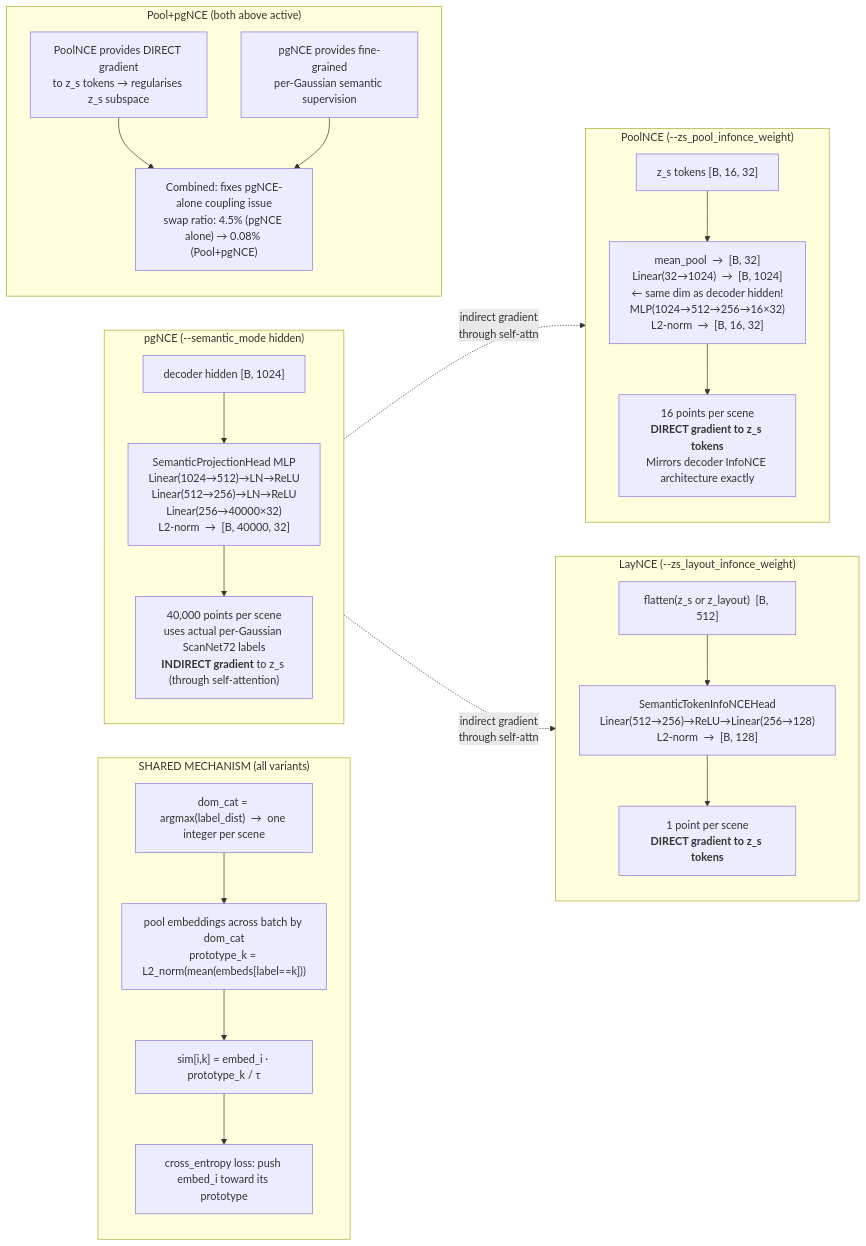
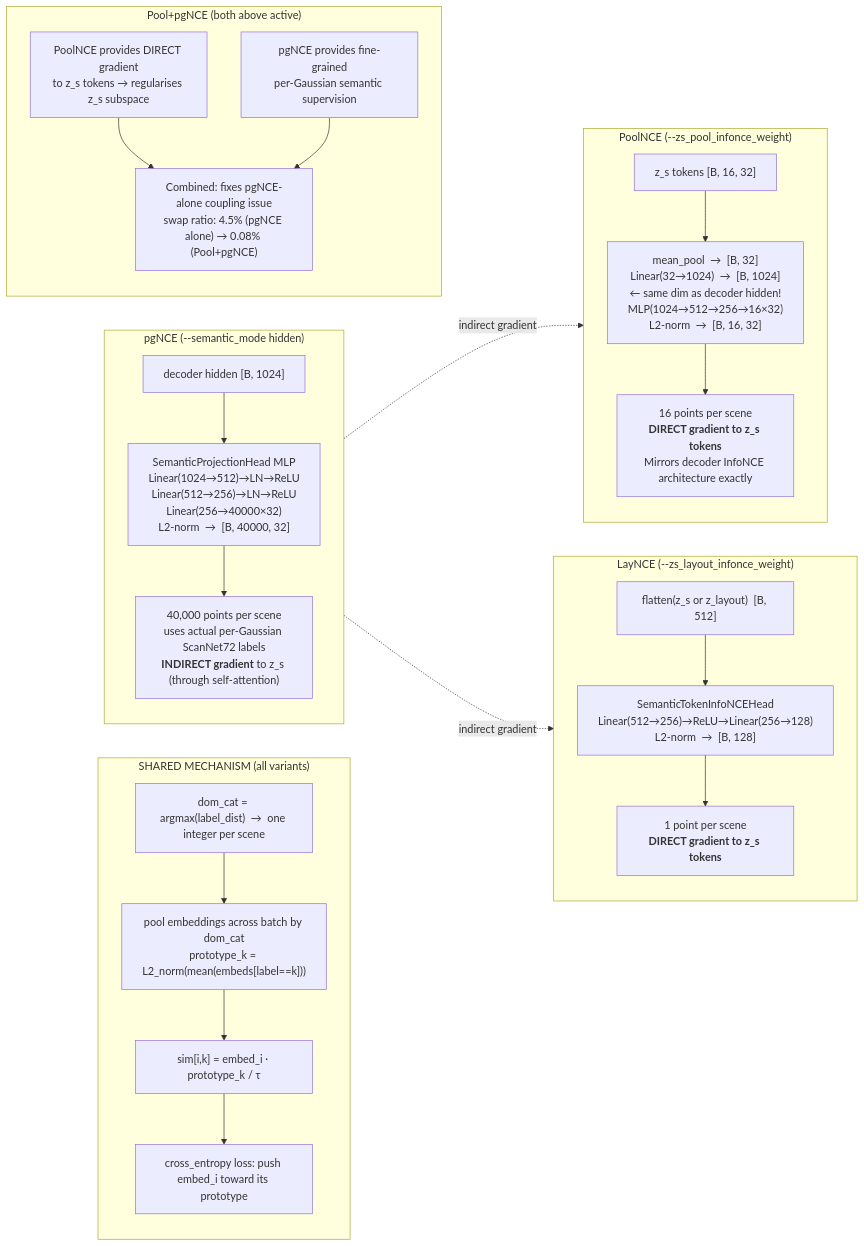
The sixth of 7 diagrams in README_NEW.md (Hafeezmhk7/Semantic-Scene-Completion), drawn with Mermaid before and after one commit. The commit also changed other lines of this file, not shown here.

````diff
--- a/README_NEW.md
+++ b/README_NEW.md
@@ -374,47 +374,47 @@
 ```mermaid
 flowchart LR
     subgraph MECH["SHARED MECHANISM (all variants)"]
         direction TB
         M1["dom_cat = argmax(label_dist)  →  one integer per scene"]
         M2["pool embeddings across batch by dom_cat<br/>prototype_k = L2_norm(mean(embeds[label==k]))"]
         M3["sim[i,k] = embed_i · prototype_k / τ"]
         M4["cross_entropy loss: push embed_i toward its prototype"]
         M1 --> M2 --> M3 --> M4
     end
 
     subgraph LAYNCE_V["LayNCE  (--zs_layout_infonce_weight)"]
         direction TB
         LN1["flatten(z_s or z_layout)  [B, 512]"]
         LN2["SemanticTokenInfoNCEHead<br/>Linear(512→256)→ReLU→Linear(256→128)<br/>L2-norm  →  [B, 128]"]
         LN3["1 point per scene<br/><b>DIRECT gradient to z_s tokens</b>"]
         LN1 --> LN2 --> LN3
     end
 
     subgraph POOLNCE_V["PoolNCE  (--zs_pool_infonce_weight)"]
         direction TB
         PN1["z_s tokens  [B, 16, 32]"]
         PN2["mean_pool  →  [B, 32]<br/>Linear(32→1024)  →  [B, 1024]<br/>← same dim as decoder hidden!<br/>MLP(1024→512→256→16×32)<br/>L2-norm  →  [B, 16, 32]"]
         PN3["16 points per scene<br/><b>DIRECT gradient to z_s tokens</b><br/>Mirrors decoder InfoNCE architecture exactly"]
         PN1 --> PN2 --> PN3
     end
 
     subgraph PGNCE_V["pgNCE  (--semantic_mode hidden)"]
         direction TB
         PG1["decoder hidden  [B, 1024]"]
         PG2["SemanticProjectionHead MLP<br/>Linear(1024→512)→LN→ReLU<br/>Linear(512→256)→LN→ReLU<br/>Linear(256→40000×32)<br/>L2-norm  →  [B, 40000, 32]"]
         PG3["40,000 points per scene<br/>uses actual per-Gaussian ScanNet72 labels<br/><b>INDIRECT gradient</b> to z_s (through self-attention)"]
         PG1 --> PG2 --> PG3
     end
 
     subgraph POOLPG["Pool+pgNCE  (both above active)"]
         direction TB
         PP1["PoolNCE provides DIRECT gradient<br/>to z_s tokens → regularises z_s subspace"]
         PP2["pgNCE provides fine-grained<br/>per-Gaussian semantic supervision"]
         PP3["Combined: fixes pgNCE-alone coupling issue<br/>swap ratio: 4.5% (pgNCE alone) → 0.08% (Pool+pgNCE)"]
         PP1 --> PP3
         PP2 --> PP3
     end
 
-    PG3 -.->|"indirect gradient<br/>through self-attn"| LN3
-    PG3 -.->|"indirect gradient<br/>through self-attn"| PN3
+    PG3 -.->|"indirect gradient"| LN3
+    PG3 -.->|"indirect gradient"| PN3
 ```
````
